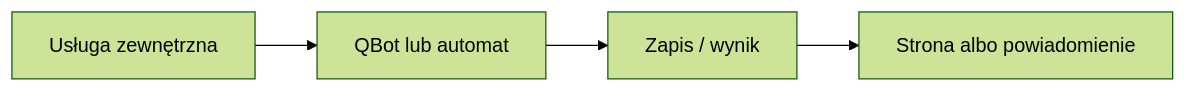
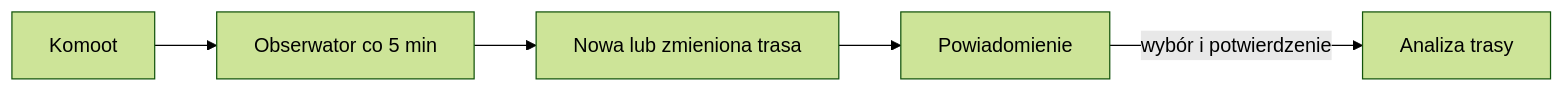
Before and after one commit to QbotMS/QbotQ: the diagram in docs/wiki/polaczenia/komoot.md, drawn with Mermaid (forest theme). The commit also changed other lines of this file and 153 other files, not shown here.

````diff
--- a/docs/wiki/polaczenia/komoot.md
+++ b/docs/wiki/polaczenia/komoot.md
@@ -35,6 +38,7 @@
 ```mermaid
 flowchart LR
-  A[Usługa zewnętrzna] --> B[QBot lub automat]
-  B --> C[Zapis / wynik]
-  C --> D[Strona albo powiadomienie]
+  A[Komoot] --> B[Obserwator co 5 min]
+  B --> C[Nowa lub zmieniona trasa]
+  C --> D[Powiadomienie]
+  D -->|wybór i potwierdzenie| E[Analiza trasy]
 ```
````
